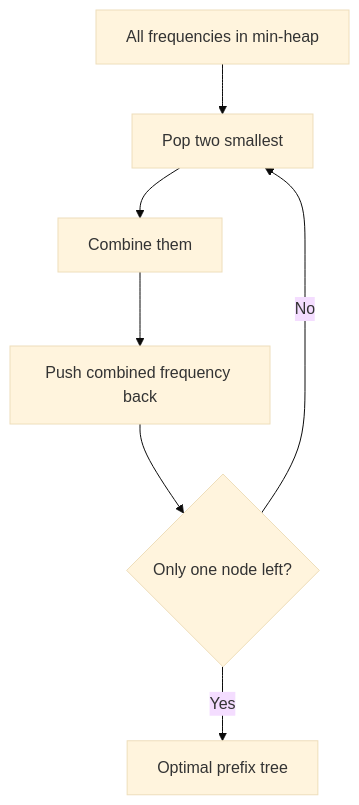
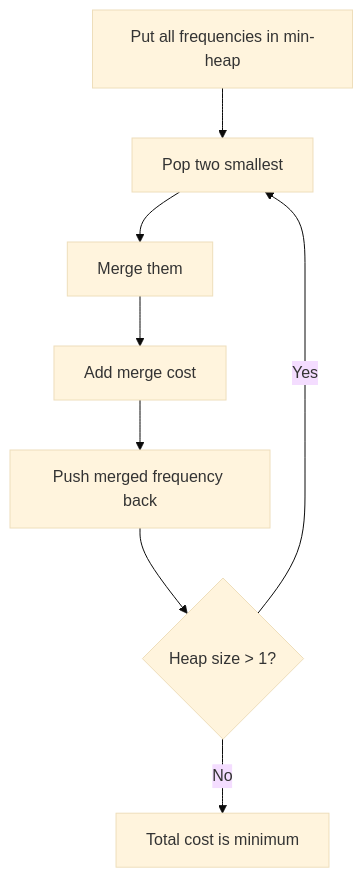
Diagram 14 of 23 in CP_DSA_NOTES/TOPIC_WISE/greedy_patterns_visual_reference.md (mthaiseer/springcloud-systemdesign-notes), drawn with Mermaid (base theme) before and after one commit. The commit also changed other lines of this file, not shown here.

````diff
--- a/CP_DSA_NOTES/TOPIC_WISE/greedy_patterns_visual_reference.md
+++ b/CP_DSA_NOTES/TOPIC_WISE/greedy_patterns_visual_reference.md
@@ -662,9 +701,10 @@
 ```mermaid
 flowchart TD
-    A[All frequencies in min-heap] --> B[Pop two smallest]
-    B --> C[Combine them]
-    C --> D[Push combined frequency back]
-    D --> E{Only one node left?}
-    E -- No --> B
-    E -- Yes --> F[Optimal prefix tree]
+    A[Put all frequencies in min-heap] --> B[Pop two smallest]
+    B --> C[Merge them]
+    C --> D[Add merge cost]
+    D --> E[Push merged frequency back]
+    E --> F{Heap size > 1?}
+    F -->|Yes| B
+    F -->|No| G[Total cost is minimum]
 ```
````
